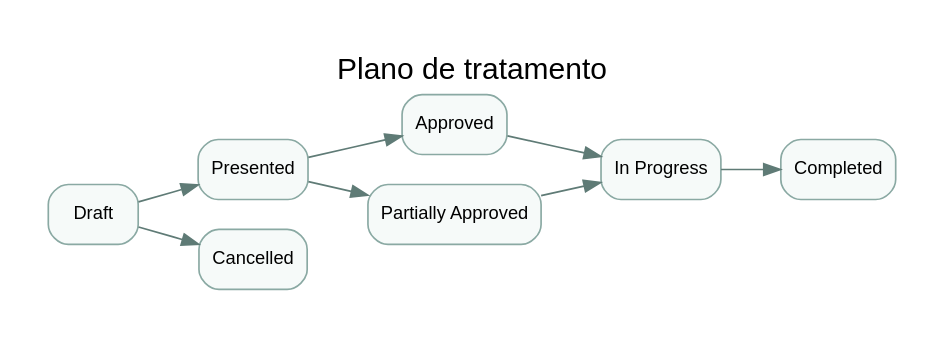
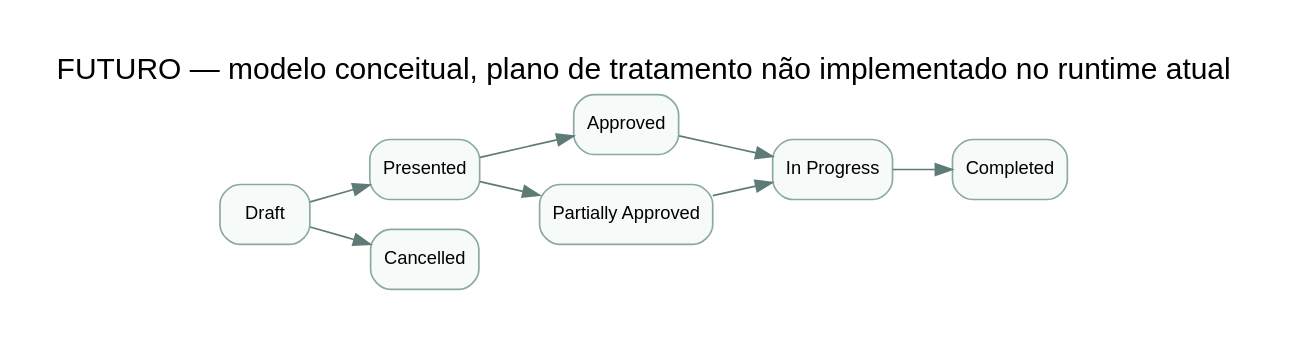
The diagram in docs/versions/v01-multitenant-whitelabel/diagrams/source/12-treatment-plan.dot (CristianoRFB/Dentista), drawn with Graphviz before and after one commit. The commit also changed 35 other files, not shown here.

```diff
--- a/docs/versions/v01-multitenant-whitelabel/diagrams/source/12-treatment-plan.dot
+++ b/docs/versions/v01-multitenant-whitelabel/diagrams/source/12-treatment-plan.dot
@@ -1,20 +1,20 @@
 digraph G {
   rankdir=LR;
-  graph [bgcolor="white", pad="0.3", label="Plano de tratamento", labelloc=t, fontsize=18, fontname="Arial"];
+  graph [bgcolor="white", pad="0.3", label="FUTURO — modelo conceitual, plano de tratamento não implementado no runtime atual", labelloc=t, fontsize=18, fontname="Arial"];
   node [shape=box, style="rounded,filled", fillcolor="#f6faf9", color="#8aa9a3", fontname="Arial", fontsize=11];
   edge [color="#5f7b76", fontname="Arial", fontsize=9];
   "N1" [label="Draft"];
   "N2" [label="Presented"];
   "N3" [label="Approved"];
   "N4" [label="Partially Approved"];
   "N5" [label="In Progress"];
   "N6" [label="Completed"];
   "N7" [label="Cancelled"];
   "N1" -> "N2";
   "N2" -> "N3";
   "N2" -> "N4";
   "N3" -> "N5";
   "N4" -> "N5";
   "N5" -> "N6";
   "N1" -> "N7";
 }
```
